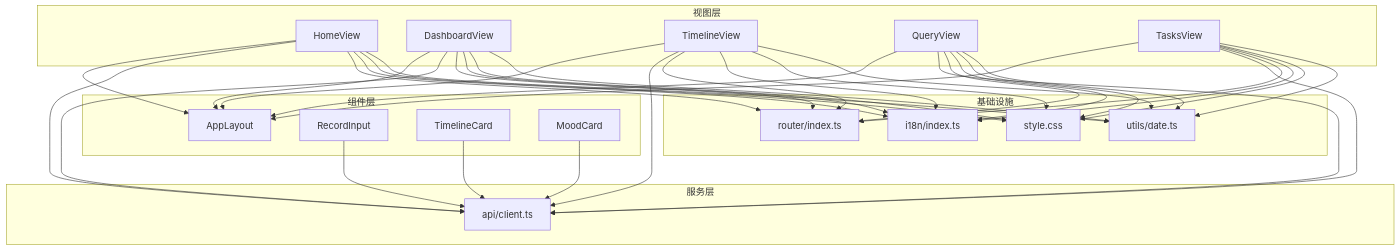
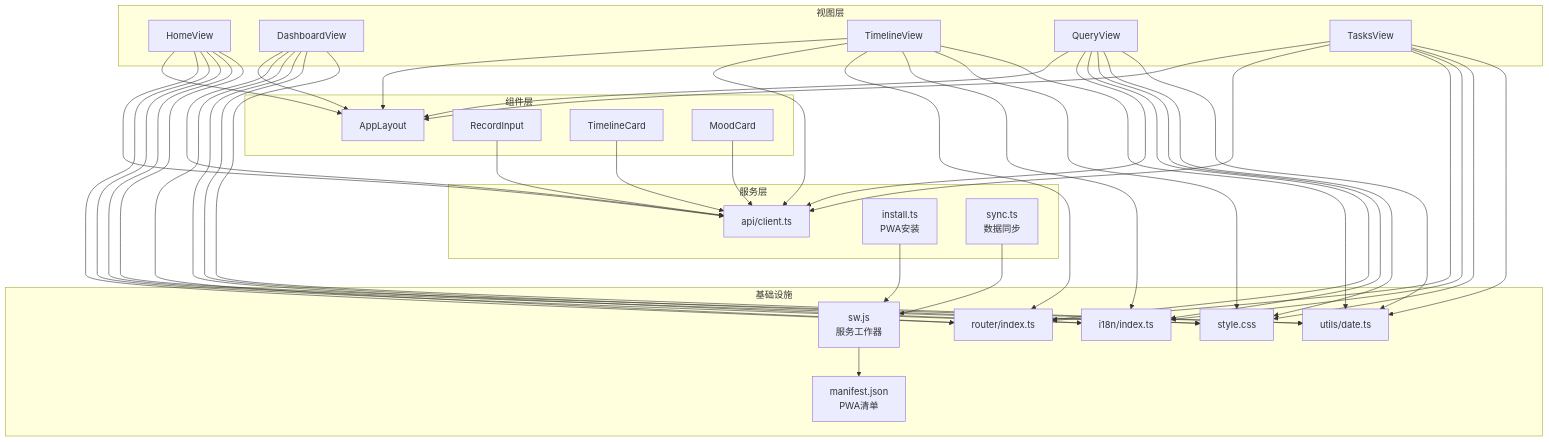
One commit to xufuyu/Lumen changed the second of 8 diagrams in .qoder/repowiki/zh/content/前端开发/前端开发.md. Above: the diagram before and after it, drawn with Mermaid. The commit also changed other lines of this file and 36 other files, not shown here.

````diff
--- a/.qoder/repowiki/zh/content/前端开发/前端开发.md
+++ b/.qoder/repowiki/zh/content/前端开发/前端开发.md
@@ -123,58 +146,65 @@
 ```mermaid
 graph TB
 subgraph "视图层"
 V1["HomeView"]
 V2["DashboardView"]
 V3["TimelineView"]
 V4["QueryView"]
 V5["TasksView"]
 end
 subgraph "组件层"
 C1["AppLayout"]
 C2["RecordInput"]
 C3["TimelineCard"]
 C4["MoodCard"]
 end
 subgraph "服务层"
 S1["api/client.ts"]
+S2["install.ts<br/>PWA安装"]
+S3["sync.ts<br/>数据同步"]
 end
 subgraph "基础设施"
 R["router/index.ts"]
 I1["i18n/index.ts"]
 U1["utils/date.ts"]
 ST["style.css"]
+PWA["sw.js<br/>服务工作器"]
+MAN["manifest.json<br/>PWA清单"]
 end
 V1 --> C1
 V2 --> C1
 V3 --> C1
 V4 --> C1
 V5 --> C1
 V1 --> S1
 V2 --> S1
 V3 --> S1
 V4 --> S1
 V5 --> S1
 C2 --> S1
 C3 --> S1
 C4 --> S1
 V1 --> R
 V2 --> R
 V3 --> R
 V4 --> R
 V5 --> R
 V1 --> I1
 V2 --> I1
 V3 --> I1
 V4 --> I1
 V5 --> I1
 V1 --> ST
 V2 --> ST
 V3 --> ST
 V4 --> ST
 V5 --> ST
 V1 --> U1
 V2 --> U1
 V3 --> U1
 V4 --> U1
 V5 --> U1
+S2 --> PWA
+S3 --> PWA
+PWA --> MAN
 ```
````
